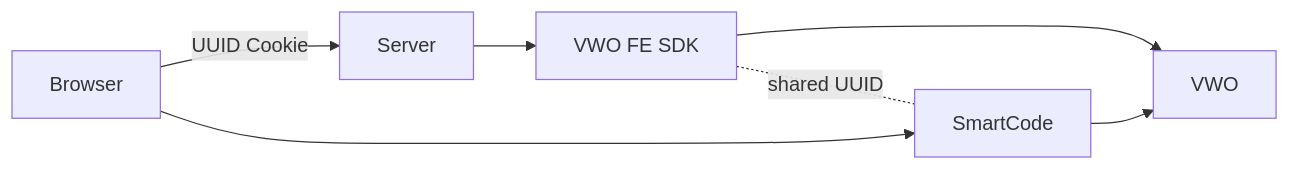
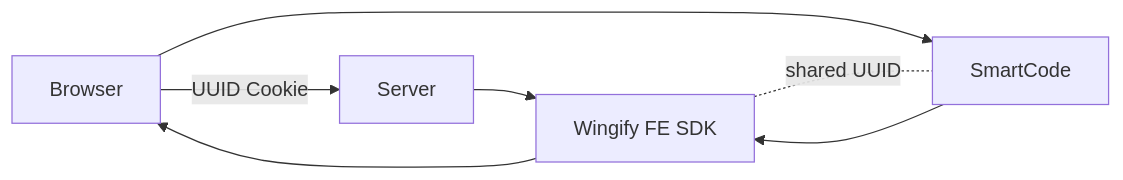
Before and after one commit to wingify/readme-central: the fifth of 10 diagrams in docs/Concepts/fme-hybrid-testing-web.md, drawn with Mermaid. The commit also changed other lines of this file and 232 other files, not shown here.

Commit message:
VWO -> Wingify branding

````diff
--- a/docs/Concepts/fme-hybrid-testing-web.md
+++ b/docs/Concepts/fme-hybrid-testing-web.md
@@ -541,12 +541,12 @@
 ```mermaid
 flowchart LR
     Browser -->|UUID Cookie| Server
-    Server --> FE_SDK[VWO FE SDK]
-    FE_SDK --> VWO
+    Server --> FE_SDK[Wingify FE SDK]
+    FE_SDK -->
 
     Browser --> SmartCode
-    SmartCode --> VWO
+    SmartCode -->
 
     FE_SDK -. shared UUID .- SmartCode
 
 ```
````
